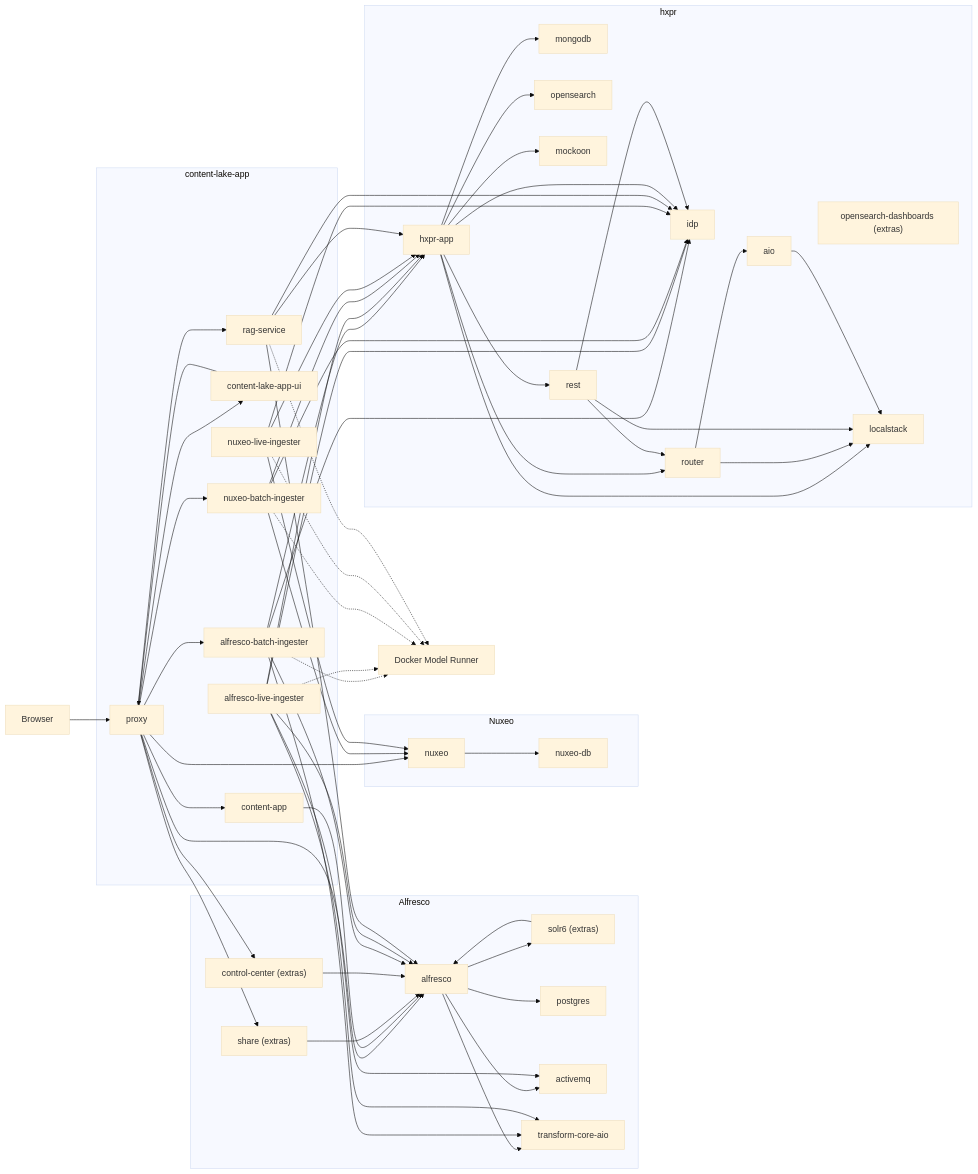
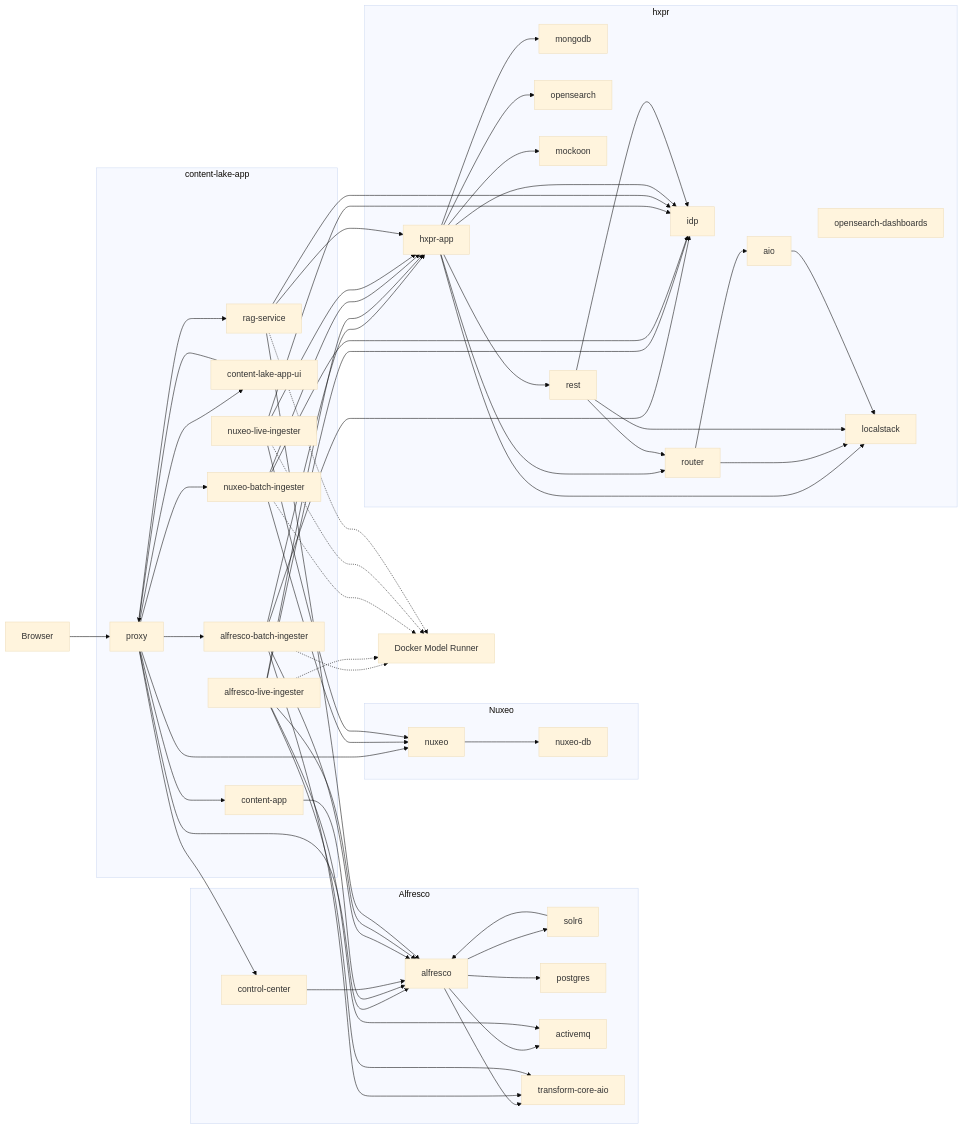
One commit to aborroy/content-lake-app-deployment changed the diagram in README.md. Above: the diagram before and after it, drawn with Mermaid (base theme). The commit also changed other lines of this file and 5 other files, not shown here.

```diff
--- a/README.md
+++ b/README.md
@@ -96,9 +89,8 @@
 
   subgraph ACS["Alfresco"]
     Alfresco["alfresco"]
-    Share["share (extras)"]
-    ControlCenter["control-center (extras)"]
-    Solr["solr6 (extras)"]
+    ControlCenter["control-center"]
+    Solr["solr6"]
     Postgres["postgres"]
     ActiveMQ["activemq"]
     Transform["transform-core-aio"]
@@ -113,7 +105,7 @@
     HxprApp["hxpr-app"]
     Mongo["mongodb"]
     OpenSearch["opensearch"]
-    OSD["opensearch-dashboards (extras)"]
+    OSD["opensearch-dashboards"]
     Idp["idp"]
     Localstack["localstack"]
     Mockoon["mockoon"]
@@ -127,7 +119,6 @@
   Proxy --> ContentApp
   Proxy --> DemoUi
   Proxy --> Alfresco
-  Proxy --> Share
   Proxy --> ControlCenter
   Proxy --> Batch
   Proxy --> NuxeoBatch
@@ -136,7 +127,6 @@
 
   ContentApp --> Alfresco
   DemoUi --> Proxy
-  Share --> Alfresco
   ControlCenter --> Alfresco
   Alfresco --> Postgres
   Alfresco --> Solr
```
